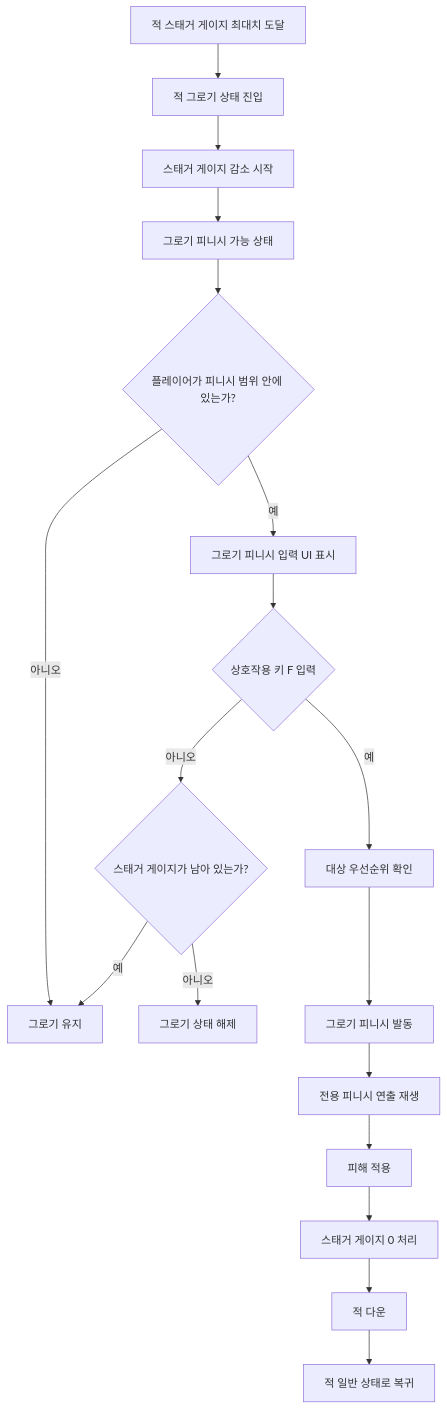
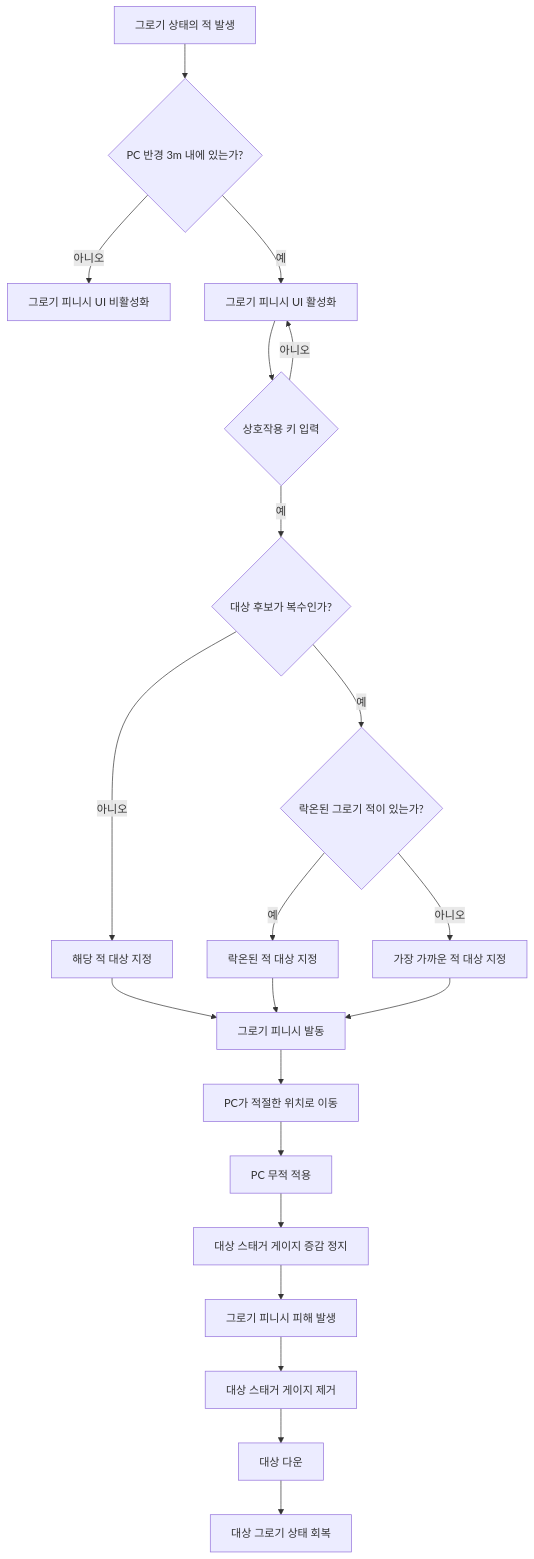
The diagram in Docs/CombatDesign/그로기_피니시_시스템_기획서.md (Woogl/ProjectWx), drawn with Mermaid before and after one commit. The commit also changed other lines of this file, not shown here.

````diff
--- a/Docs/CombatDesign/그로기_피니시_시스템_기획서.md
+++ b/Docs/CombatDesign/그로기_피니시_시스템_기획서.md
@@ -160,20 +48,23 @@
 ```mermaid
 flowchart TD
-    A[적 스태거 게이지 최대치 도달] --> B[적 그로기 상태 진입]
-    B --> C[스태거 게이지 감소 시작]
-    C --> D[그로기 피니시 가능 상태]
-    D --> E{플레이어가 피니시 범위 안에 있는가?}
-    E -->|아니오| F[그로기 유지]
-    E -->|예| G[그로기 피니시 입력 UI 표시]
-    G --> H{상호작용 키 F 입력}
-    H -->|아니오| I{스태거 게이지가 남아 있는가?}
-    I -->|예| F
-    I -->|아니오| J[그로기 상태 해제]
-    H -->|예| K[대상 우선순위 확인]
-    K --> L[그로기 피니시 발동]
-    L --> M[전용 피니시 연출 재생]
-    M --> N[피해 적용]
-    N --> O[스태거 게이지 0 처리]
-    O --> P[적 다운]
-    P --> Q[적 일반 상태로 복귀]
+    A[그로기 상태의 적 발생] --> B{PC 반경 3m 내에 있는가?}
+    B -->|아니오| C[그로기 피니시 UI 비활성화]
+    B -->|예| D[그로기 피니시 UI 활성화]
+    D --> E{상호작용 키 입력}
+    E -->|아니오| D
+    E -->|예| F{대상 후보가 복수인가?}
+    F -->|아니오| G[해당 적 대상 지정]
+    F -->|예| H{락온된 그로기 적이 있는가?}
+    H -->|예| I[락온된 적 대상 지정]
+    H -->|아니오| J[가장 가까운 적 대상 지정]
+    G --> K[그로기 피니시 발동]
+    I --> K
+    J --> K
+    K --> L[PC가 적절한 위치로 이동]
+    L --> M[PC 무적 적용]
+    M --> N[대상 스태거 게이지 증감 정지]
+    N --> O[그로기 피니시 피해 발생]
+    O --> P[대상 스태거 게이지 제거]
+    P --> Q[대상 다운]
+    Q --> R[대상 그로기 상태 회복]
 ```
````
